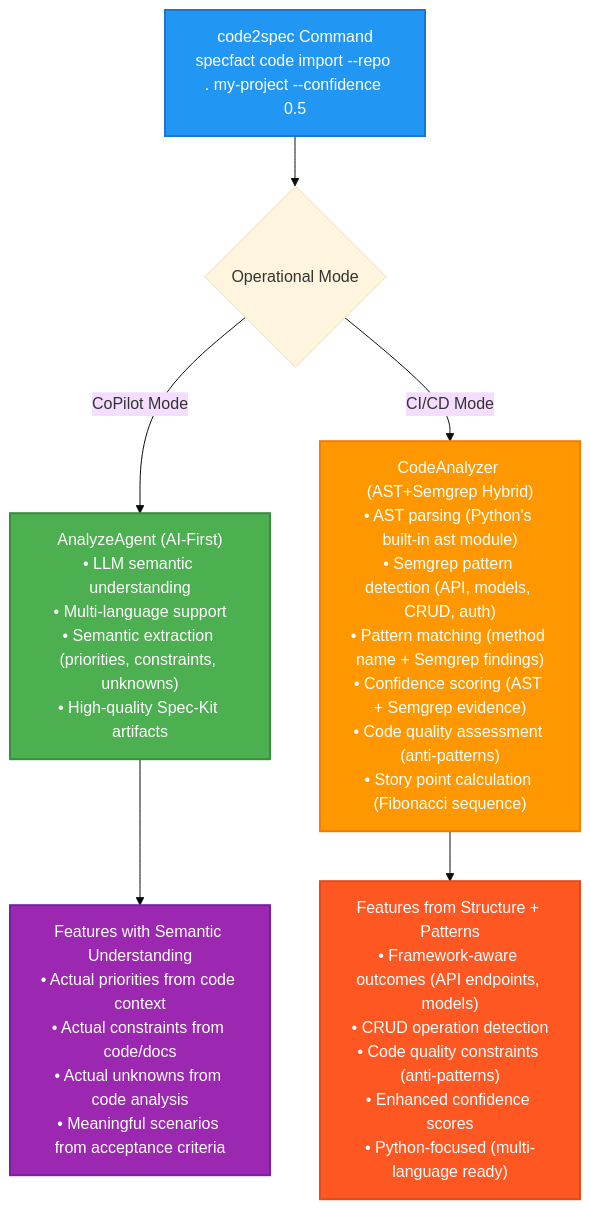
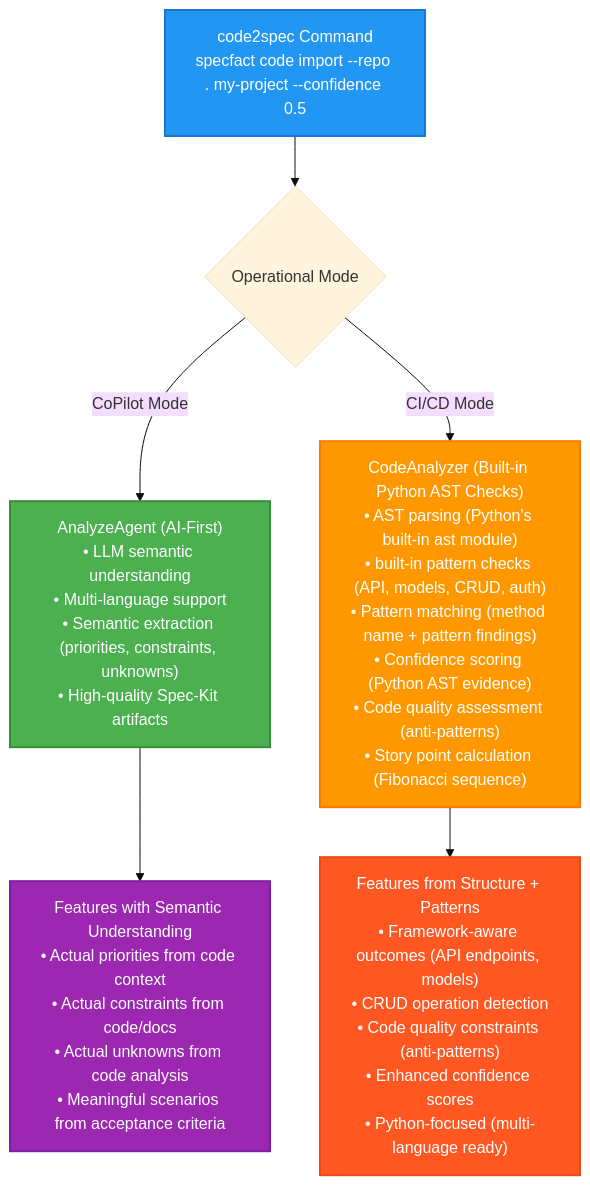
Before and after one commit to nold-ai/specfact-cli: the diagram in docs/technical/code2spec-analysis-logic.md, drawn with Mermaid (base theme). The commit also changed other lines of this file and 62 other files, not shown here.

````diff
--- a/docs/technical/code2spec-analysis-logic.md
+++ b/docs/technical/code2spec-analysis-logic.md
@@ -73,18 +73,18 @@
 ```mermaid
 flowchart TD
     A["code2spec Command<br/>specfact code import --repo . my-project --confidence 0.5"] --> B{Operational Mode}
     
     B -->|CoPilot Mode| C["AnalyzeAgent (AI-First)<br/>• LLM semantic understanding<br/>• Multi-language support<br/>• Semantic extraction (priorities, constraints, unknowns)<br/>• High-quality Spec-Kit artifacts"]
     
-    B -->|CI/CD Mode| D["CodeAnalyzer (AST+Semgrep Hybrid)<br/>• AST parsing (Python's built-in ast module)<br/>• Semgrep pattern detection (API, models, CRUD, auth)<br/>• Pattern matching (method name + Semgrep findings)<br/>• Confidence scoring (AST + Semgrep evidence)<br/>• Code quality assessment (anti-patterns)<br/>• Story point calculation (Fibonacci sequence)"]
+    B -->|CI/CD Mode| D["CodeAnalyzer (Built-in Python AST Checks)<br/>• AST parsing (Python's built-in ast module)<br/>• built-in pattern checks (API, models, CRUD, auth)<br/>• Pattern matching (method name + pattern findings)<br/>• Confidence scoring (Python AST evidence)<br/>• Code quality assessment (anti-patterns)<br/>• Story point calculation (Fibonacci sequence)"]
     
     C --> E["Features with Semantic Understanding<br/>• Actual priorities from code context<br/>• Actual constraints from code/docs<br/>• Actual unknowns from code analysis<br/>• Meaningful scenarios from acceptance criteria"]
     
     D --> F["Features from Structure + Patterns<br/>• Framework-aware outcomes (API endpoints, models)<br/>• CRUD operation detection<br/>• Code quality constraints (anti-patterns)<br/>• Enhanced confidence scores<br/>• Python-focused (multi-language ready)"]
     
     style A fill:#2196F3,stroke:#1976D2,stroke-width:2px,color:#fff
     style C fill:#4CAF50,stroke:#388E3C,stroke-width:2px,color:#fff
     style D fill:#FF9800,stroke:#F57C00,stroke-width:2px,color:#fff
     style E fill:#9C27B0,stroke:#7B1FA2,stroke-width:2px,color:#fff
     style F fill:#FF5722,stroke:#E64A19,stroke-width:2px,color:#fff
 ```
````
